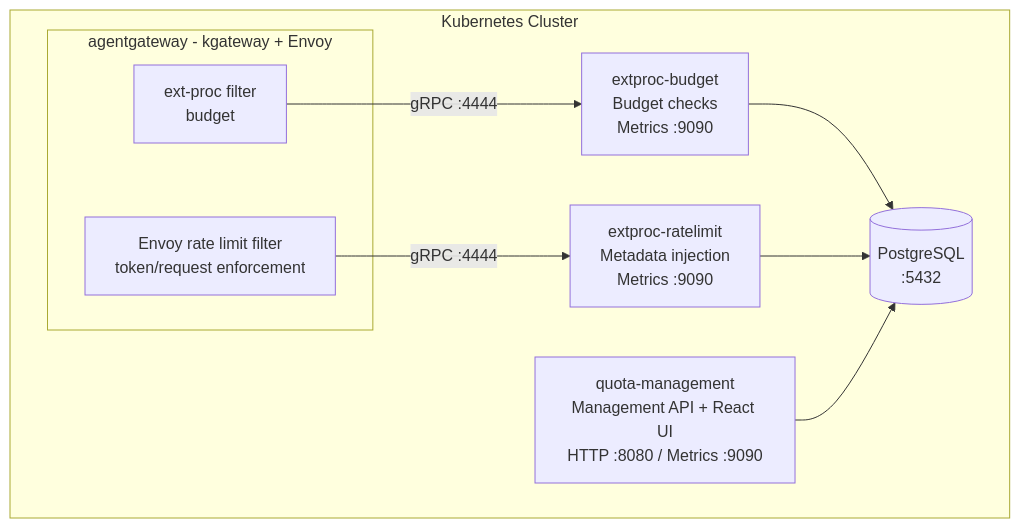
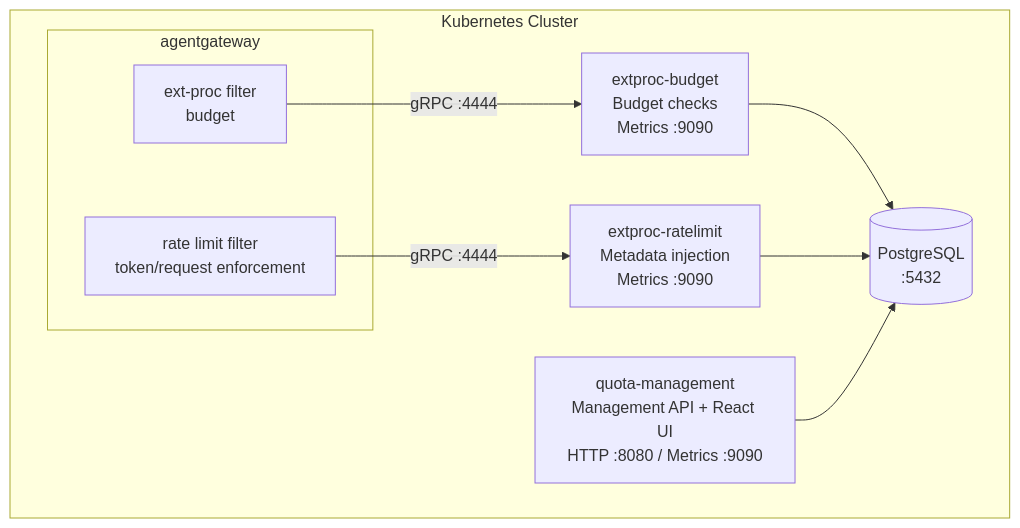
One commit to day0ops/quota-management changed the first of 4 diagrams in docs/ARCH.md. Above: the diagram before and after it, drawn with Mermaid. The commit also changed other lines of this file and 2 other files, not shown here.

````diff
--- a/docs/ARCH.md
+++ b/docs/ARCH.md
@@ -11,22 +11,22 @@
 ```mermaid
 graph TD
     subgraph cluster [Kubernetes Cluster]
-        subgraph agw [agentgateway - kgateway + Envoy]
+        subgraph agw [agentgateway]
             ef["ext-proc filter<br/>budget"]
-            rl["Envoy rate limit filter<br/>token/request enforcement"]
+            rl["rate limit filter<br/>token/request enforcement"]
         end
 
         eb["extproc-budget<br/>Budget checks<br/>Metrics :9090"]
         er["extproc-ratelimit<br/>Metadata injection<br/>Metrics :9090"]
 
         qm["quota-management<br/>Management API + React UI<br/>HTTP :8080 / Metrics :9090"]
 
         db[(PostgreSQL\n:5432)]
     end
 
     ef -->|gRPC :4444| eb
     rl -->|gRPC :4444| er
     eb --> db
     er --> db
     qm --> db
 ```
````
